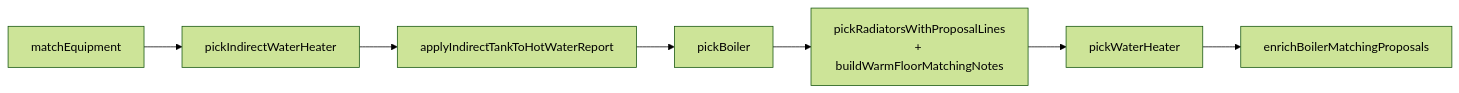
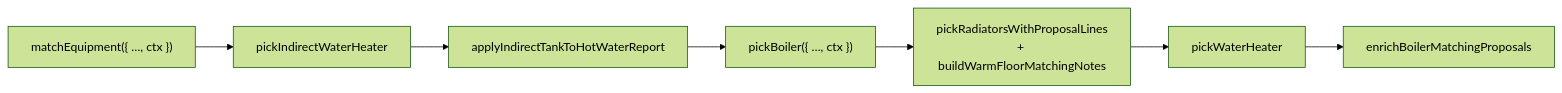
Before and after one commit to MichaelPopov62/heating-equipment-selection-service: the fourth of 4 diagrams in Plan.md, drawn with Mermaid (forest theme). The commit also changed other lines of this file and 42 other files, not shown here.

````diff
--- a/Plan.md
+++ b/Plan.md
@@ -494,9 +491,9 @@
 ```mermaid
 flowchart LR
-  M0[matchEquipment] --> M1[pickIndirectWaterHeater]
+  M0["matchEquipment({ …, ctx })"] --> M1[pickIndirectWaterHeater]
   M1 --> M2[applyIndirectTankToHotWaterReport]
-  M2 --> M3[pickBoiler]
+  M2 --> M3["pickBoiler({ …, ctx })"]
   M3 --> M4["pickRadiatorsWithProposalLines<br/>+ buildWarmFloorMatchingNotes"]
   M4 --> M5[pickWaterHeater]
   M5 --> M6[enrichBoilerMatchingProposals]
 ```
````
